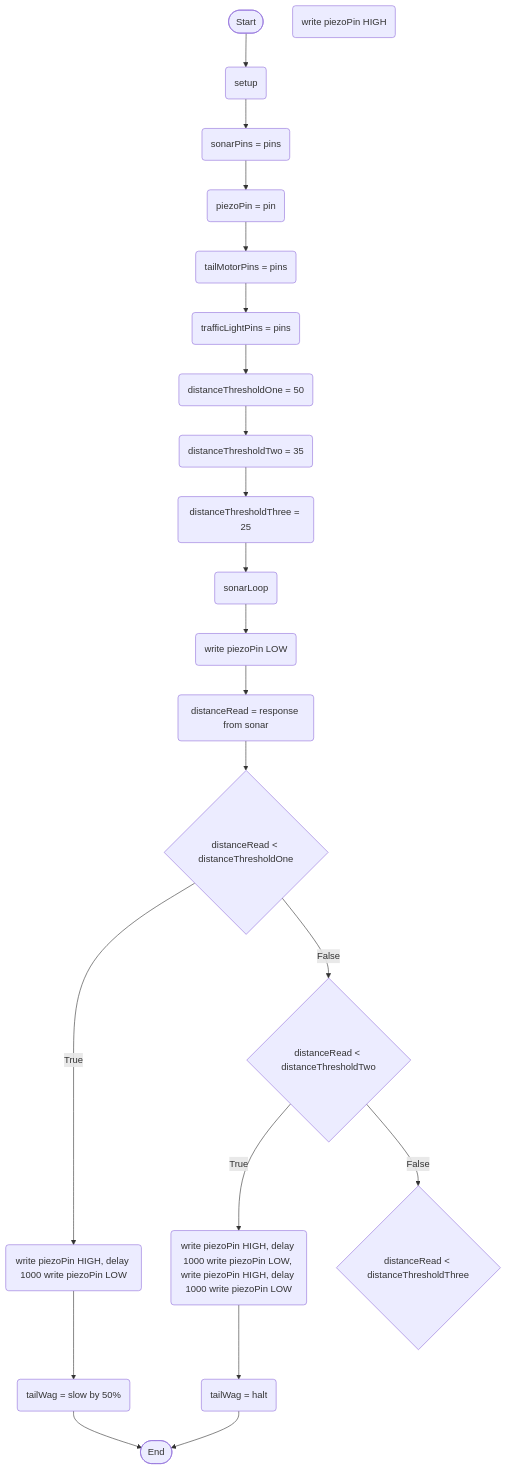
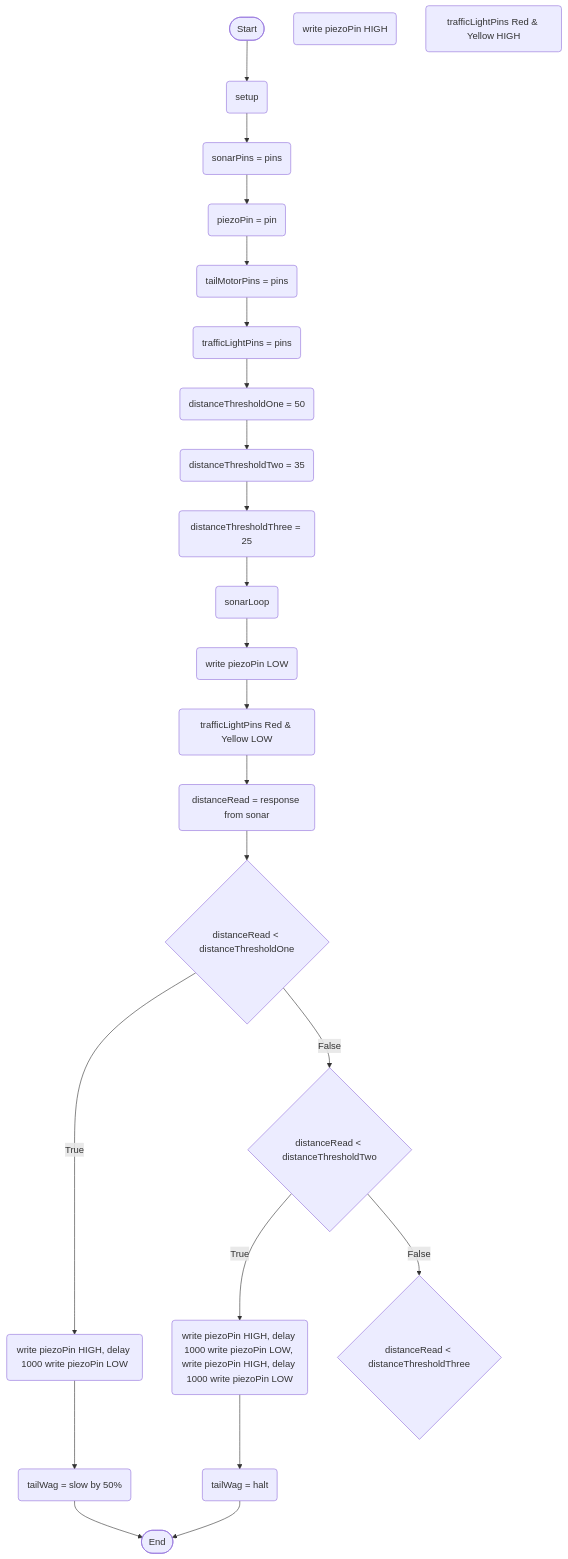
One commit to Deltace05/SmartDog changed the diagram in logic.md. Above: the diagram before and after it, drawn with Mermaid.

````diff
--- a/logic.md
+++ b/logic.md
@@ -1,46 +1,49 @@
 ```mermaid
 flowchart TD
 terminalStart([Start])
 terminalEnd([End])
 setupStart(setup)
 setSonarRead(sonarPins = pins)
 setPiezoPin(piezoPin = pin)
 setTail(tailMotorPins = pins)
 setLight(trafficLightPins = pins)
 thresholdSetOne(distanceThresholdOne = 50)
 thresholdSetTwo(distanceThresholdTwo = 35)
 thresholdSetThree(distanceThresholdThree = 25)
 currentDistanceReading(distanceRead = response from sonar)
 ifDistanceLessThanThresholdOne{distanceRead < distanceThresholdOne}
 ifDistanceLessThanThresholdTwo{distanceRead < distanceThresholdTwo}
 ifDistanceLessThanThresholdThree{distanceRead < distanceThresholdThree}
 piezoOneBuzz(write piezoPin HIGH, delay 1000 write piezoPin LOW)
 piezoTwoBuzz(write piezoPin HIGH, delay 1000 write piezoPin LOW, write piezoPin HIGH, delay 1000 write piezoPin LOW)
 piezoConstant(write piezoPin HIGH)
+sonarLightAlarm(trafficLightPins Red & Yellow HIGH)
+sonarLightAlarmReset(trafficLightPins Red & Yellow LOW)
 piezoReset(write piezoPin LOW)
 tailSlow(tailWag = slow by 50%)
 tailStop(tailWag = halt)
 sonarStart(sonarLoop)
 
 terminalStart --> setupStart
 setupStart --> setSonarRead
 setSonarRead --> setPiezoPin
 setPiezoPin --> setTail
 setTail --> setLight
 setLight --> thresholdSetOne
 thresholdSetOne --> thresholdSetTwo
 thresholdSetTwo --> thresholdSetThree
 thresholdSetThree --> sonarStart
 
 sonarStart --> piezoReset
-piezoReset --> currentDistanceReading
+piezoReset --> sonarLightAlarmReset
+sonarLightAlarmReset --> currentDistanceReading
 currentDistanceReading --> ifDistanceLessThanThresholdOne
 ifDistanceLessThanThresholdOne --> |True| piezoOneBuzz
 piezoOneBuzz --> tailSlow
 tailSlow --> terminalEnd
 ifDistanceLessThanThresholdOne --> |False| ifDistanceLessThanThresholdTwo
 ifDistanceLessThanThresholdTwo --> |True| piezoTwoBuzz
 piezoTwoBuzz --> tailStop
 tailStop --> terminalEnd
 ifDistanceLessThanThresholdTwo --> |False| ifDistanceLessThanThresholdThree
 ```
````
